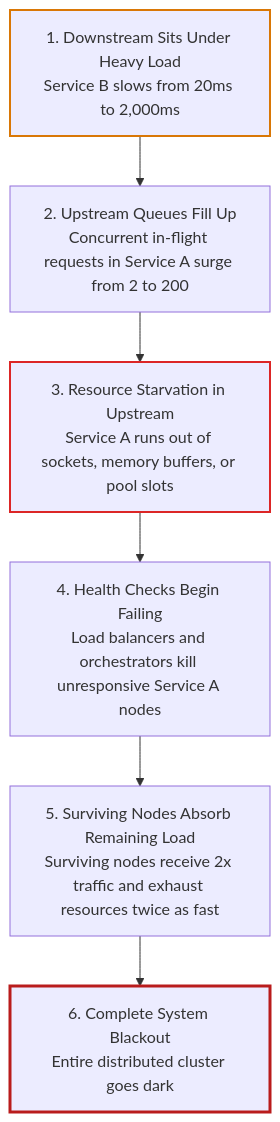
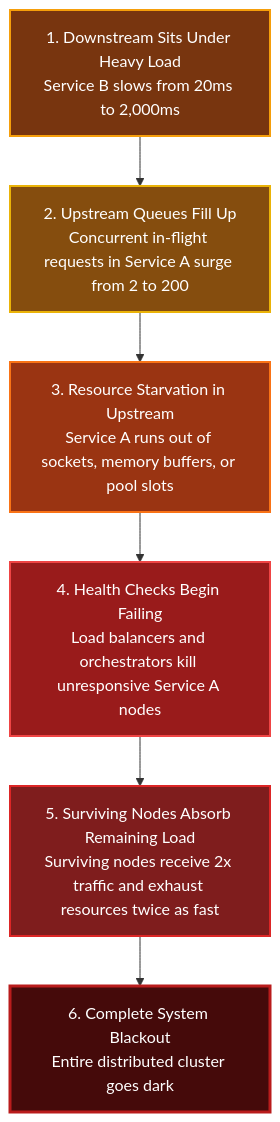
One commit to yodh4/ubiquitous-parakeet changed the third of 3 diagrams in docs/milestone-2/00-distributed-failure-mechanics.md. Above: the diagram before and after it, drawn with Mermaid. The commit also changed 5 other files, not shown here.

Commit message:
Docs: Apply distinctive high-contrast color styling to README and all milestone-2 diagrams

````diff
--- a/docs/milestone-2/00-distributed-failure-mechanics.md
+++ b/docs/milestone-2/00-distributed-failure-mechanics.md
@@ -98,13 +98,17 @@
 ```mermaid
 flowchart TD
     Step1["1. Downstream Sits Under Heavy Load<br/>Service B slows from 20ms to 2,000ms"] 
     --> Step2["2. Upstream Queues Fill Up<br/>Concurrent in-flight requests in Service A surge from 2 to 200"]
     --> Step3["3. Resource Starvation in Upstream<br/>Service A runs out of sockets, memory buffers, or pool slots"]
     --> Step4["4. Health Checks Begin Failing<br/>Load balancers and orchestrators kill unresponsive Service A nodes"]
     --> Step5["5. Surviving Nodes Absorb Remaining Load<br/>Surviving nodes receive 2x traffic and exhaust resources twice as fast"]
     --> Step6["6. Complete System Blackout<br/>Entire distributed cluster goes dark"]
 
-    style Step1 stroke:#d97706,stroke-width:2px
-    style Step3 stroke:#dc2626,stroke-width:2px
-    style Step6 stroke:#b91c1c,stroke-width:3px
+    %% Progressive Severity Gradient (Amber -> Orange -> Red -> Blackout Maroon)
+    style Step1 fill:#78350f,stroke:#f59e0b,stroke-width:2px,color:#ffffff
+    style Step2 fill:#854d0e,stroke:#eab308,stroke-width:2px,color:#ffffff
+    style Step3 fill:#9a3412,stroke:#f97316,stroke-width:2px,color:#ffffff
+    style Step4 fill:#991b1b,stroke:#ef4444,stroke-width:2px,color:#ffffff
+    style Step5 fill:#7f1d1d,stroke:#dc2626,stroke-width:2px,color:#ffffff
+    style Step6 fill:#450a0a,stroke:#b91c1c,stroke-width:3px,color:#ffffff
 ```
````
